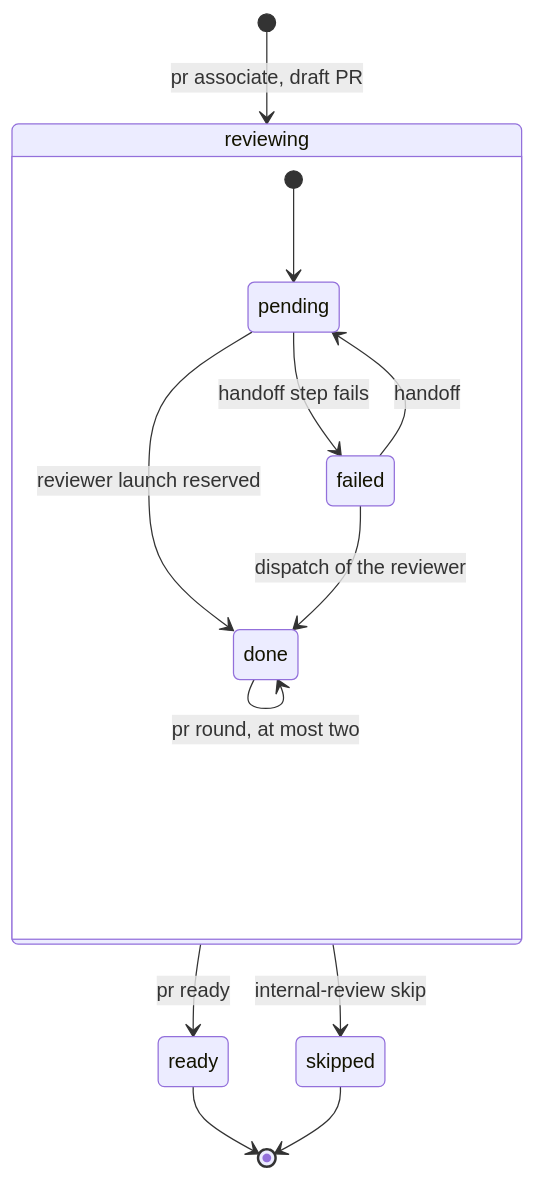
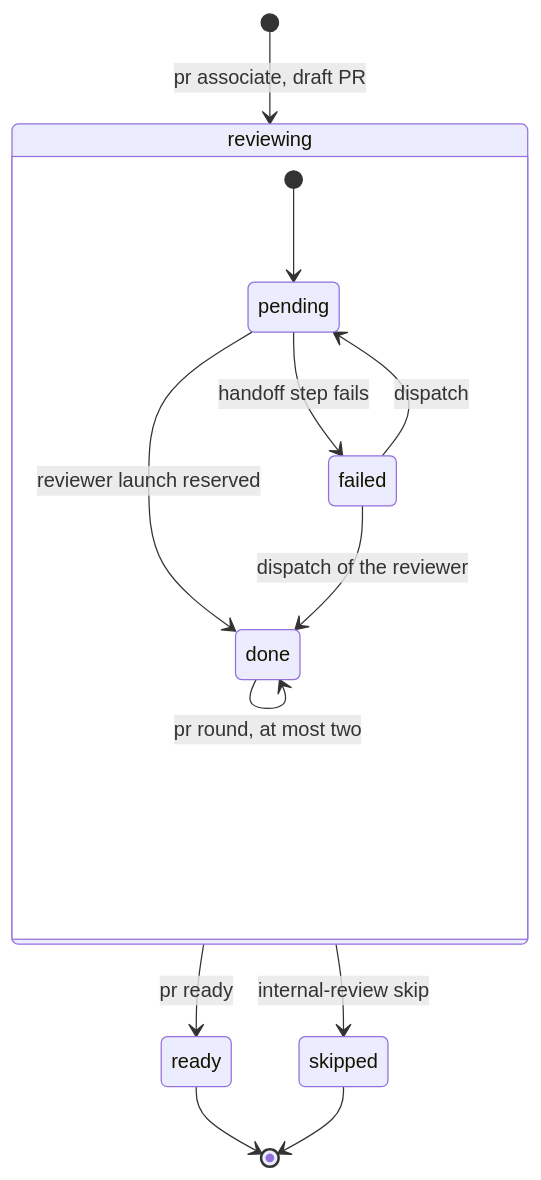
Before and after one commit to fveracoechea/operator: the second of 2 diagrams in README.md, drawn with Mermaid. The commit also changed other lines of this file and 43 other files, not shown here.

````diff
--- a/README.md
+++ b/README.md
@@ -79,16 +79,16 @@
 ```mermaid
 stateDiagram-v2
     [*] --> reviewing: pr associate, draft PR
     state reviewing {
         [*] --> pending
         pending --> done: reviewer launch reserved
         pending --> failed: handoff step fails
-        failed --> pending: handoff
+        failed --> pending: dispatch
         failed --> done: dispatch of the reviewer
         done --> done: pr round, at most two
     }
     reviewing --> ready: pr ready
     reviewing --> skipped: internal-review skip
     ready --> [*]
     skipped --> [*]
 ```
````
